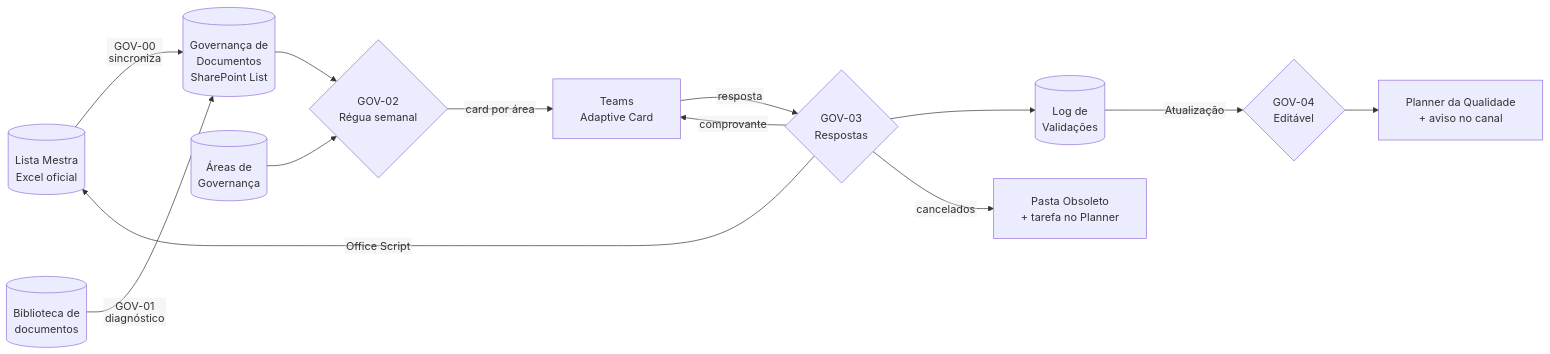
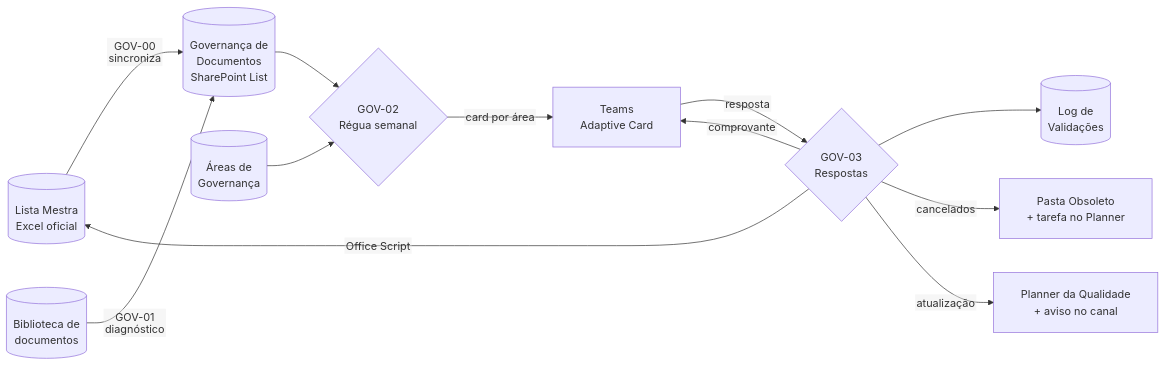
One commit to Nayarah/automacoes-power-automate changed the second of 2 diagrams in governanca-iso-regua-comunicacao/README.md. Above: the diagram before and after it, drawn with Mermaid. The commit also changed other lines of this file, not shown here.

Commit message:
docs: incorpora a criação da tarefa de editável ao GOV-03

````diff
--- a/governanca-iso-regua-comunicacao/README.md
+++ b/governanca-iso-regua-comunicacao/README.md
@@ -92,16 +92,15 @@
 ```mermaid
 %%{init: {"flowchart": {"htmlLabels": false, "padding": 20}}}%%
 flowchart LR
     LM[(Lista Mestra<br/>Excel oficial)] -->|GOV-00<br/>sincroniza| GD[(Governança de<br/>Documentos<br/>SharePoint List)]
     SDD[(Biblioteca de<br/>documentos)] -->|GOV-01<br/>diagnóstico| GD
     GD --> R{GOV-02<br/>Régua semanal}
     AG[(Áreas de<br/>Governança)] --> R
     R -->|card por área| T[Teams<br/>Adaptive Card]
     T -->|resposta| G3{GOV-03<br/>Respostas}
     G3 -->|Office Script| LM
     G3 --> LOG[(Log de<br/>Validações)]
     G3 -->|cancelados| OBS[Pasta Obsoleto<br/>+ tarefa no Planner]
     G3 -->|comprovante| T
-    LOG -->|Atualização| G4{GOV-04<br/>Editável}
-    G4 --> PL[Planner da Qualidade<br/>+ aviso no canal]
+    G3 -->|atualização| PL[Planner da Qualidade<br/>+ aviso no canal]
 ```
````
